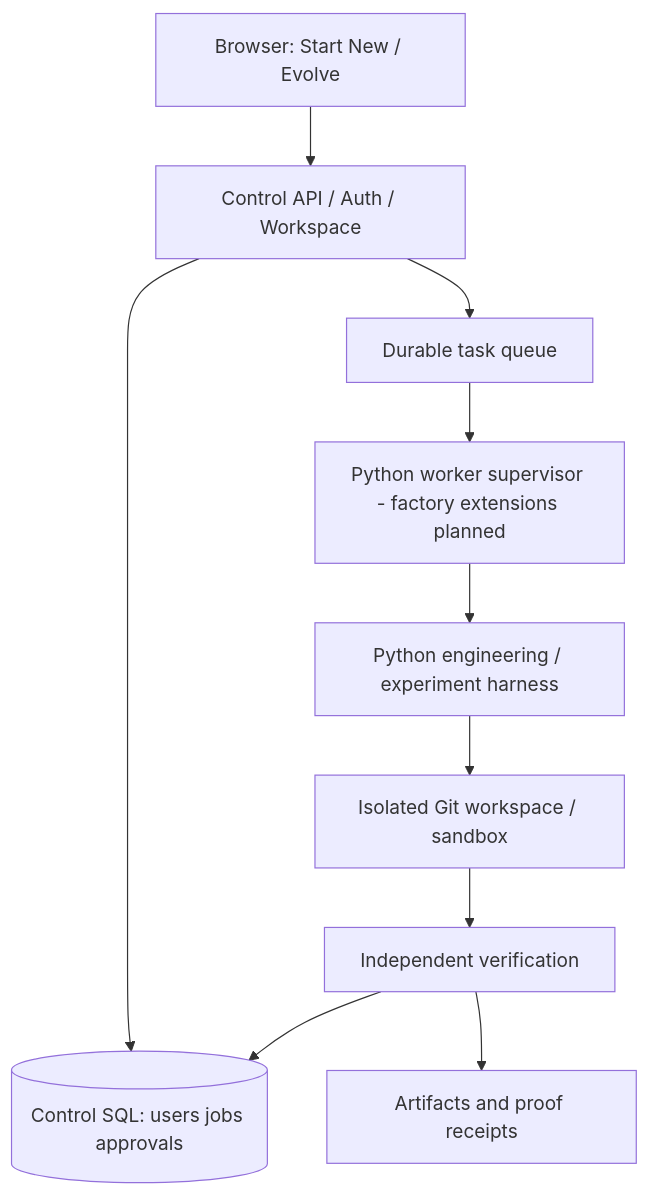
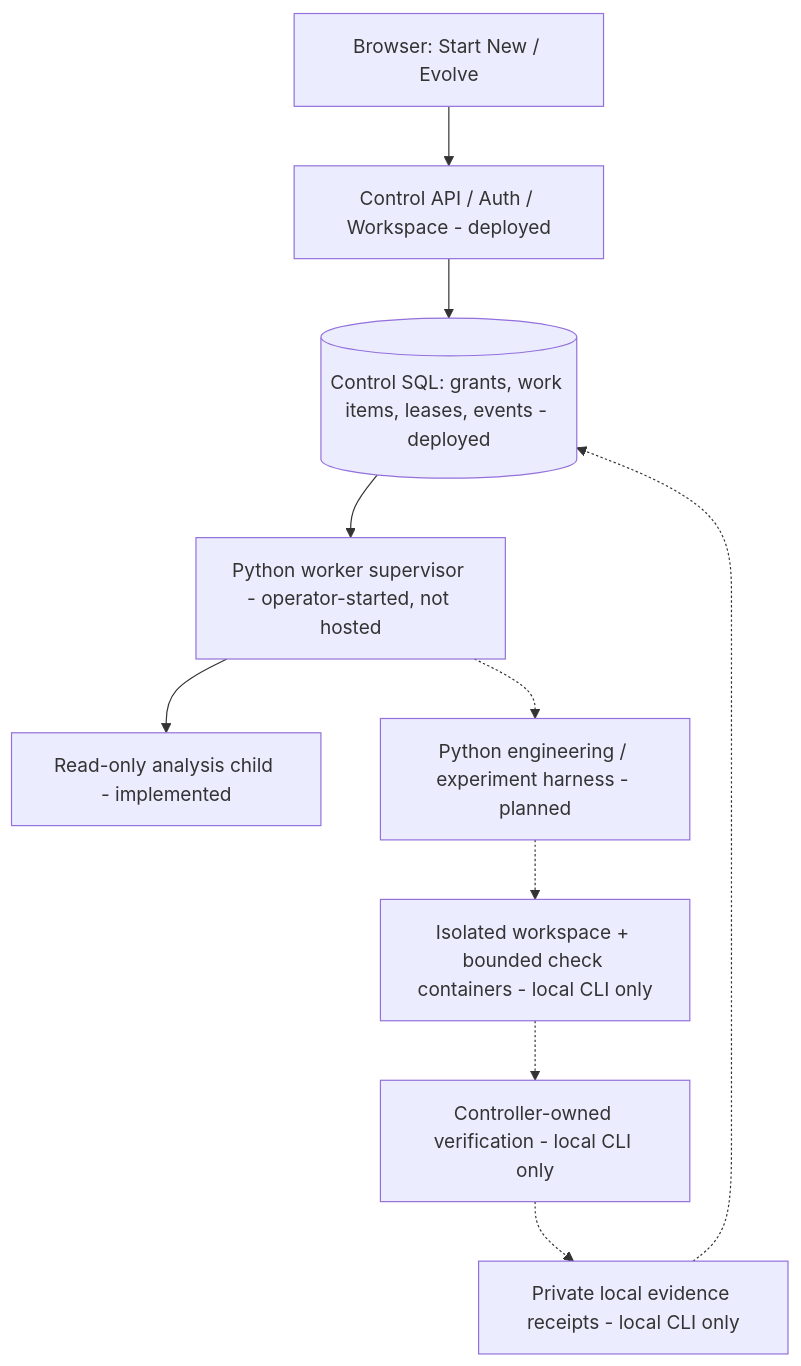
One commit to suhasaitham22/Oryveta changed the diagram in docs/ARCHITECTURE.md. Above: the diagram before and after it, drawn with Mermaid. The commit also changed other lines of this file and 49 other files, not shown here.

````diff
--- a/docs/ARCHITECTURE.md
+++ b/docs/ARCHITECTURE.md
@@ -45,12 +51,12 @@
 ```mermaid
 flowchart TD
-    U[Browser: Start New / Evolve] --> C[Control API / Auth / Workspace]
-    C --> D[(Control SQL: users jobs approvals)]
-    C --> Q[Durable task queue]
-    Q --> R[Python worker supervisor - factory extensions planned]
-    R --> P[Python engineering / experiment harness]
-    P --> S[Isolated Git workspace / sandbox]
-    S --> V[Independent verification]
-    V --> A[Artifacts and proof receipts]
-    V --> D
+    U[Browser: Start New / Evolve] --> C[Control API / Auth / Workspace - deployed]
+    C --> D[(Control SQL: grants, work items, leases, events - deployed)]
+    D --> R[Python worker supervisor - operator-started, not hosted]
+    R --> P[Read-only analysis child - implemented]
+    R -.-> H[Python engineering / experiment harness - planned]
+    H -.-> S[Isolated workspace + bounded check containers - local CLI only]
+    S -.-> V[Controller-owned verification - local CLI only]
+    V -.-> A[Private local evidence receipts - local CLI only]
+    A -.-> D
 ```
````
